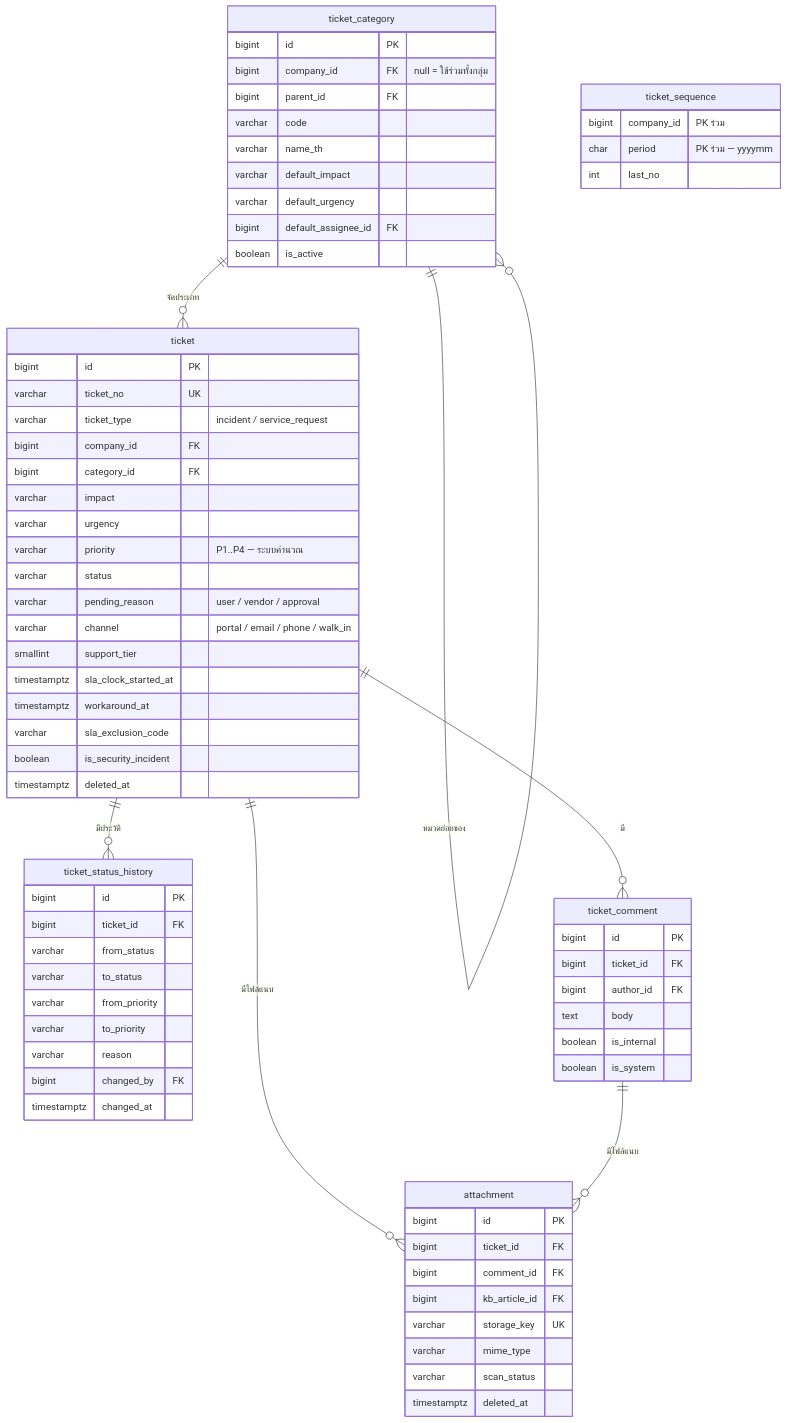
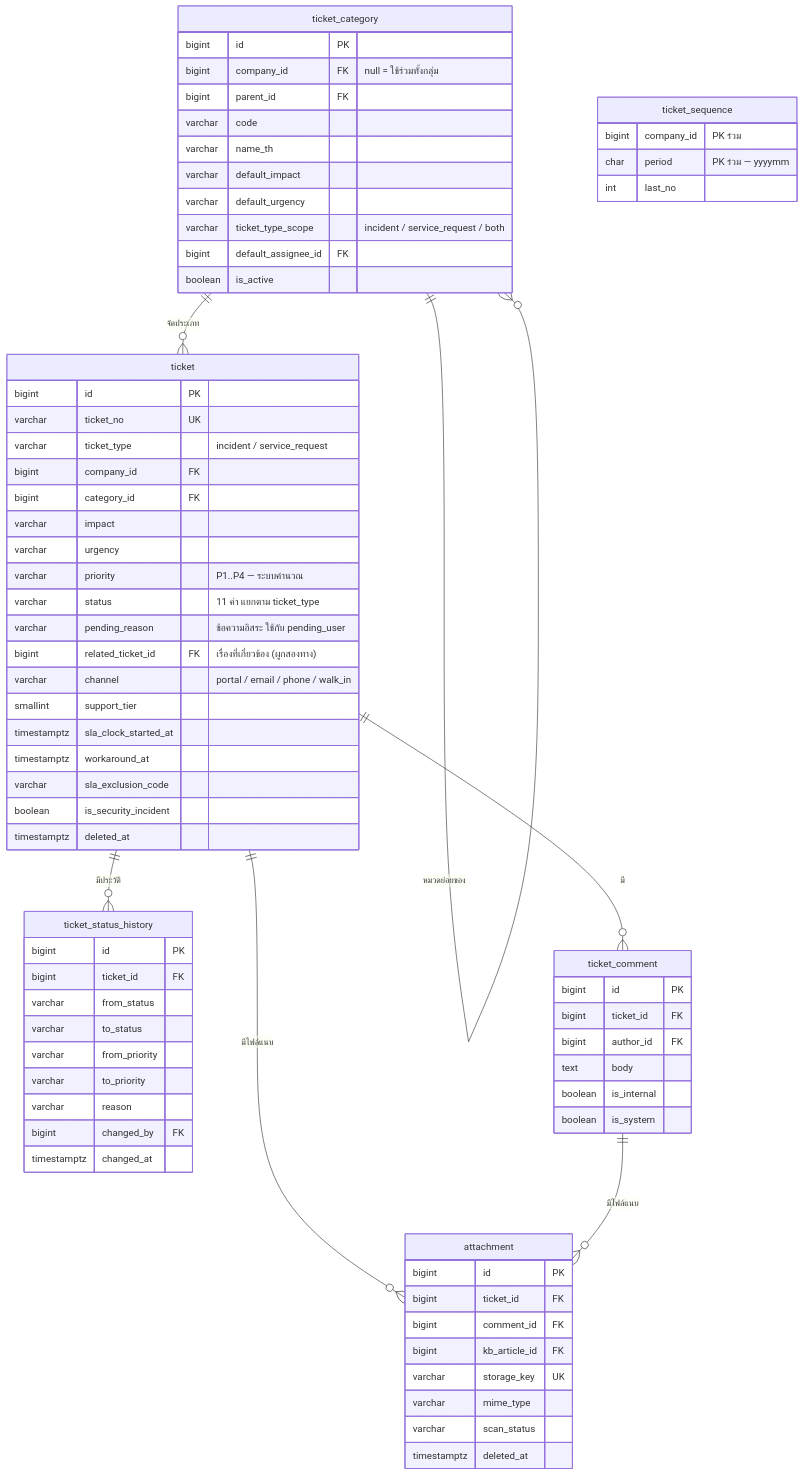
One commit to pradit2527/aidc-helpdesk changed the second of 7 diagrams in docs/02-data-model.md. Above: the diagram before and after it, drawn with Mermaid. The commit also changed other lines of this file and 102 other files, not shown here.

````diff
--- a/docs/02-data-model.md
+++ b/docs/02-data-model.md
@@ -118,74 +118,76 @@
 ```mermaid
 erDiagram
     ticket_category ||--o{ ticket_category : "หมวดย่อยของ"
     ticket_category ||--o{ ticket : "จัดประเภท"
     ticket ||--o{ ticket_status_history : "มีประวัติ"
     ticket ||--o{ ticket_comment : "มี"
     ticket ||--o{ attachment : "มีไฟล์แนบ"
     ticket_comment ||--o{ attachment : "มีไฟล์แนบ"
 
     ticket_category {
         bigint id PK
         bigint company_id FK "null = ใช้ร่วมทั้งกลุ่ม"
         bigint parent_id FK
         varchar code
         varchar name_th
         varchar default_impact
         varchar default_urgency
+        varchar ticket_type_scope "incident / service_request / both"
         bigint default_assignee_id FK
         boolean is_active
     }
     ticket {
         bigint id PK
         varchar ticket_no UK
         varchar ticket_type "incident / service_request"
         bigint company_id FK
         bigint category_id FK
         varchar impact
         varchar urgency
         varchar priority "P1..P4 — ระบบคำนวณ"
-        varchar status
-        varchar pending_reason "user / vendor / approval"
+        varchar status "11 ค่า แยกตาม ticket_type"
+        varchar pending_reason "ข้อความอิสระ ใช้กับ pending_user"
+        bigint related_ticket_id FK "เรื่องที่เกี่ยวข้อง (ผูกสองทาง)"
         varchar channel "portal / email / phone / walk_in"
         smallint support_tier
         timestamptz sla_clock_started_at
         timestamptz workaround_at
         varchar sla_exclusion_code
         boolean is_security_incident
         timestamptz deleted_at
     }
     ticket_status_history {
         bigint id PK
         bigint ticket_id FK
         varchar from_status
         varchar to_status
         varchar from_priority
         varchar to_priority
         varchar reason
         bigint changed_by FK
         timestamptz changed_at
     }
     ticket_comment {
         bigint id PK
         bigint ticket_id FK
         bigint author_id FK
         text body
         boolean is_internal
         boolean is_system
     }
     attachment {
         bigint id PK
         bigint ticket_id FK
         bigint comment_id FK
         bigint kb_article_id FK
         varchar storage_key UK
         varchar mime_type
         varchar scan_status
         timestamptz deleted_at
     }
     ticket_sequence {
         bigint company_id "PK ร่วม"
         char period "PK ร่วม — yyyymm"
         int last_no
     }
 ```
````
